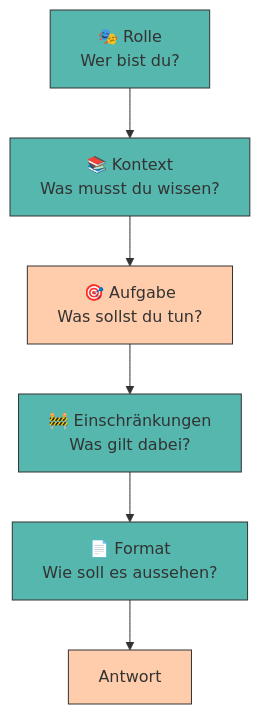
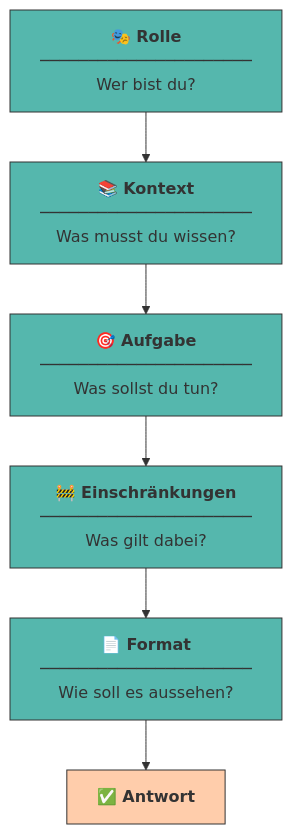
Before and after one commit to mciwing/data-campus: the diagram in docs/prompt/anatomie.md, drawn with Mermaid. The commit also changed other lines of this file and 11 other files, not shown here.

````diff
--- a/docs/prompt/anatomie.md
+++ b/docs/prompt/anatomie.md
@@ -19,11 +19,24 @@
 ```mermaid
 flowchart TB
-    R[🎭 Rolle<br/>Wer bist du?]:::teal --> K[📚 Kontext<br/>Was musst du wissen?]:::teal
-    K --> A[🎯 Aufgabe<br/>Was sollst du tun?]:::peach
-    A --> E[🚧 Einschränkungen<br/>Was gilt dabei?]:::teal
-    E --> F[📄 Format<br/>Wie soll es aussehen?]:::teal
-    F --> O[Antwort]:::peach
+    R["`**🎭 Rolle**
+    ──────────────────────
+    Wer bist du?`"]:::teal
+    K["`**📚 Kontext**
+    ──────────────────────
+    Was musst du wissen?`"]:::teal
+    A["`**🎯 Aufgabe**
+    ──────────────────────
+    Was sollst du tun?`"]:::teal
+    E["`**🚧 Einschränkungen**
+    ──────────────────────
+    Was gilt dabei?`"]:::teal
+    F["`**📄 Format**
+    ──────────────────────
+    Wie soll es aussehen?`"]:::teal
+    O["`**✅ Antwort**`"]:::peach
+
+    R --> K --> A --> E --> F --> O
 
     classDef peach fill:#FFB482aa,stroke:#333,stroke-width:1px;
     classDef teal fill:#009485aa,stroke:#333,stroke-width:1px;
 ```
````
